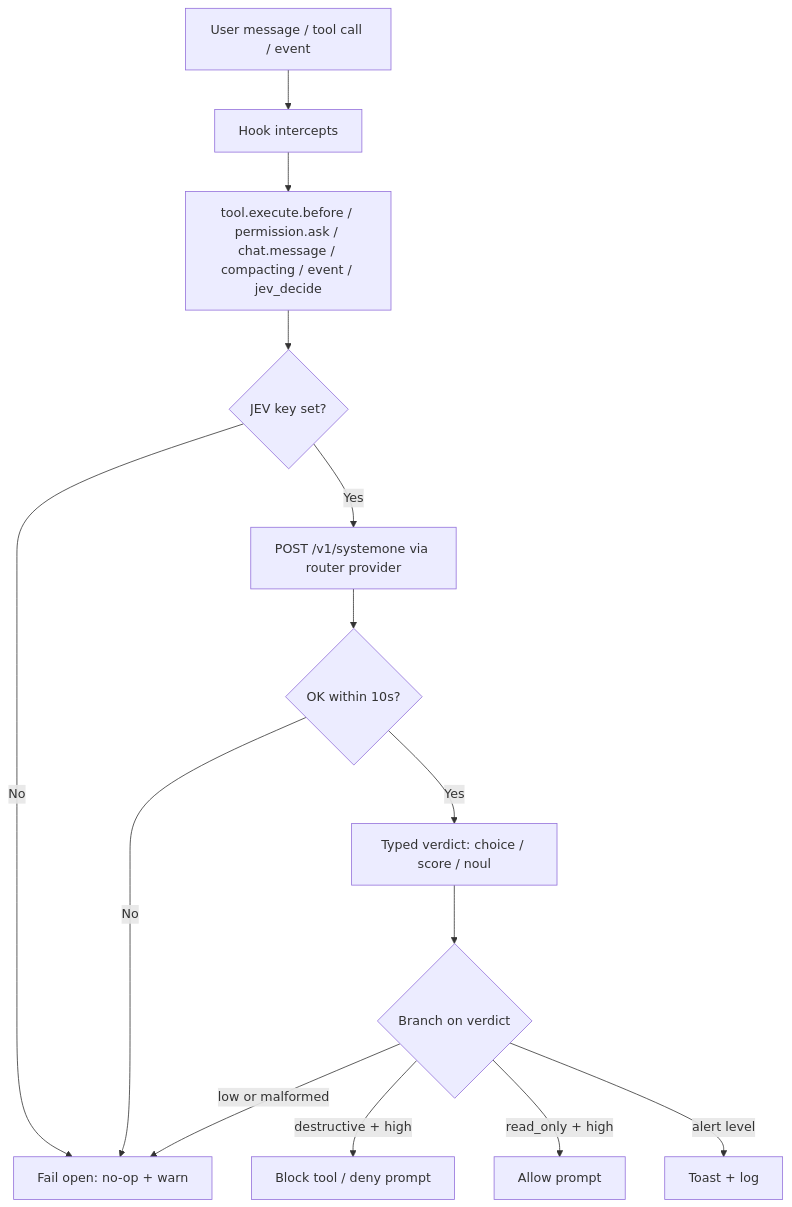
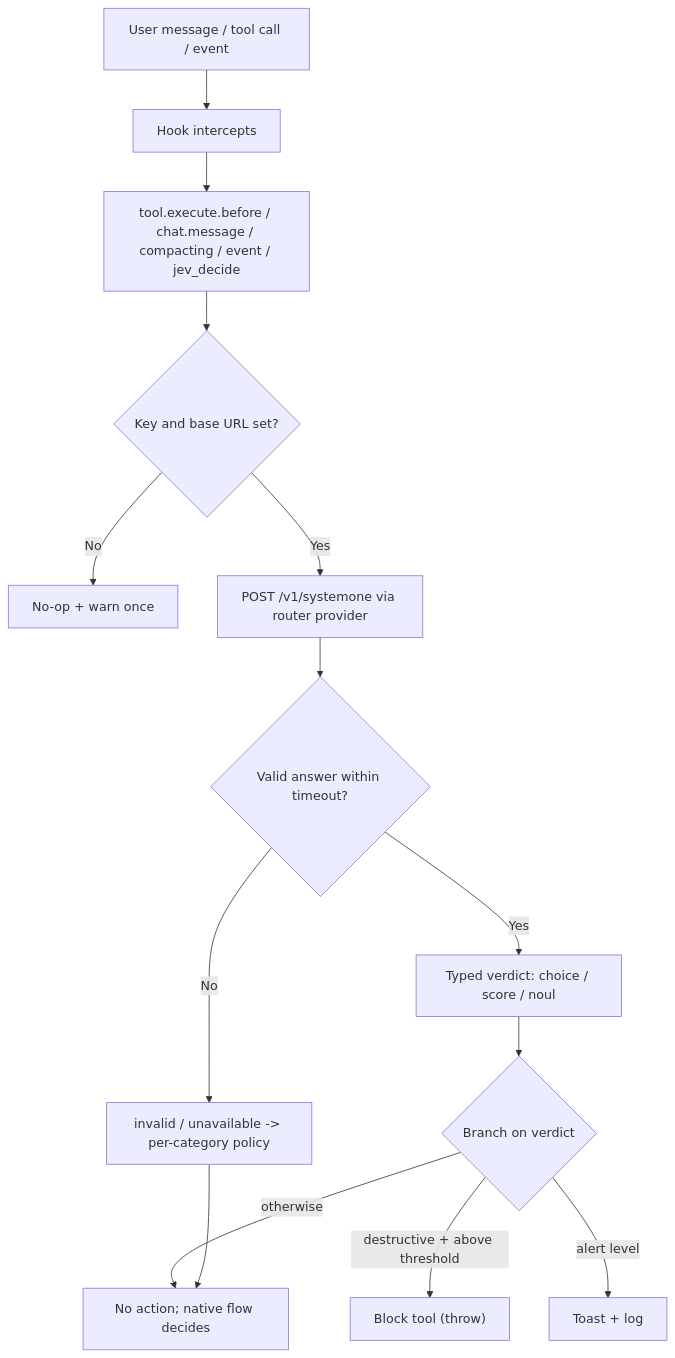
The first of 2 diagrams in README.md (vheins/opencode-jev), drawn with Mermaid before and after one commit. The commit also changed other lines of this file and 1 other file, not shown here.

First line of the commit message:
📝 docs: document required JEV_BASE_URL and block-only semantics

````diff
--- a/README.md
+++ b/README.md
@@ -15,16 +17,16 @@
 ```mermaid
 flowchart TD
   A["User message / tool call / event"] --> B["Hook intercepts"]
-  B --> C["tool.execute.before / permission.ask / chat.message / compacting / event / jev_decide"]
-  C --> D{"JEV key set?"}
-  D -->|No| E["Fail open: no-op + warn"]
+  B --> C["tool.execute.before / chat.message / compacting / event / jev_decide"]
+  C --> D{"Key and base URL set?"}
+  D -->|No| E["No-op + warn once"]
   D -->|Yes| F["POST /v1/systemone via router provider"]
-  F --> G{"OK within 10s?"}
-  G -->|No| E
-  G -->|Yes| H["Typed verdict: choice / score / noul"]
-  H --> I{"Branch on verdict"}
-  I -->|destructive + high| J["Block tool / deny prompt"]
-  I -->|read_only + high| K["Allow prompt"]
-  I -->|alert level| L["Toast + log"]
-  I -->|low or malformed| E
+  F --> G{"Valid answer within timeout?"}
+  G -->|No| H["invalid / unavailable -> per-category policy"]
+  G -->|Yes| I["Typed verdict: choice / score / noul"]
+  I --> J{"Branch on verdict"}
+  J -->|destructive + above threshold| K["Block tool (throw)"]
+  J -->|alert level| L["Toast + log"]
+  J -->|otherwise| M["No action; native flow decides"]
+  H --> M
 ```
````
